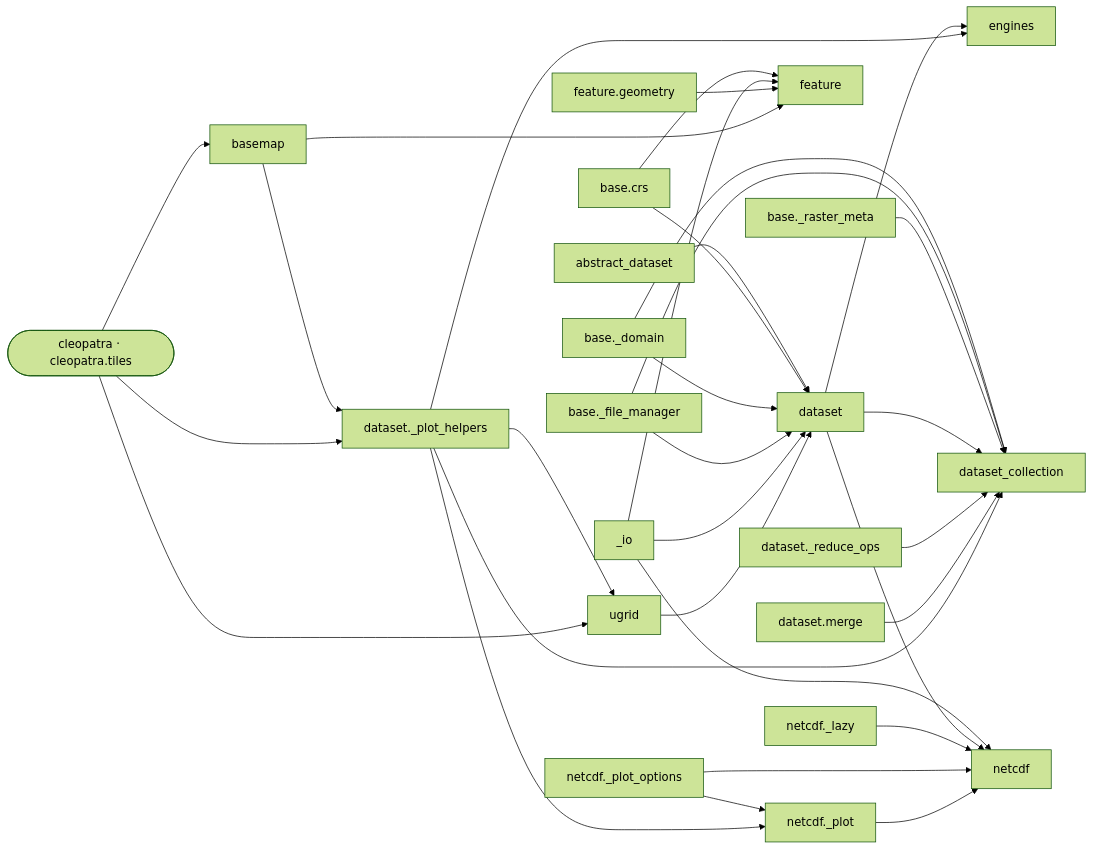
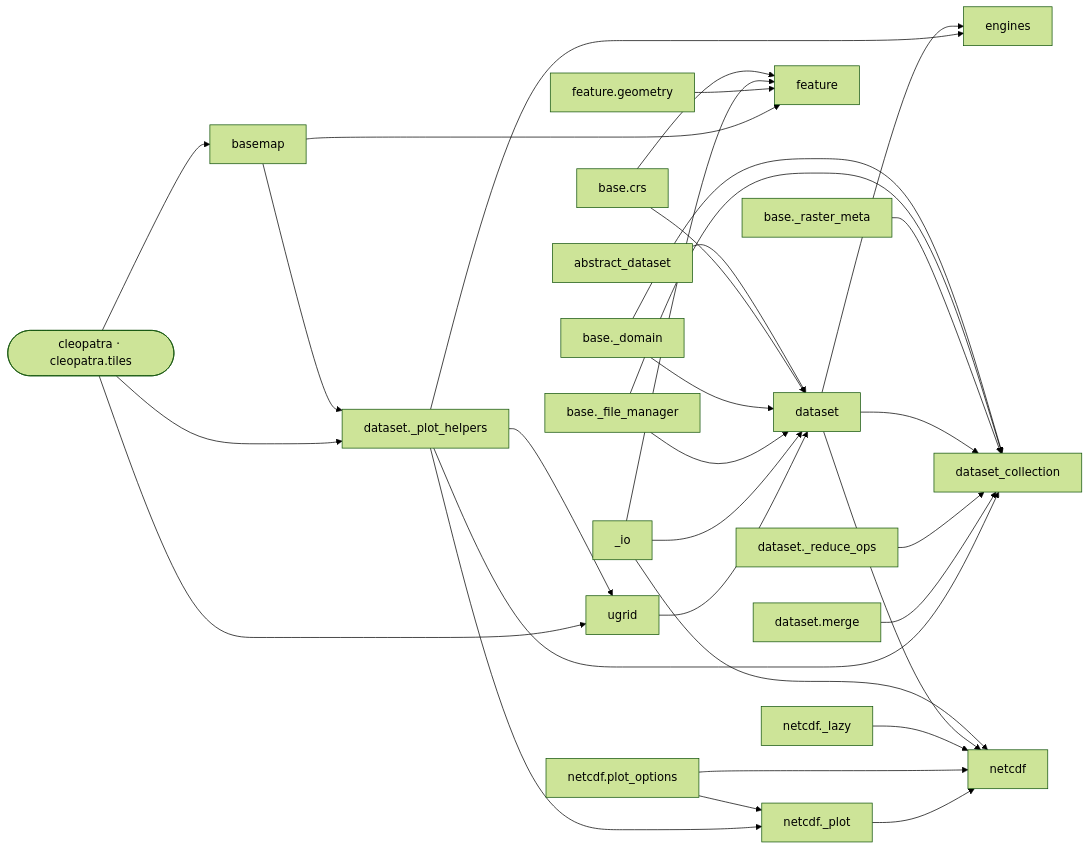
One commit to serapeum-org/pyramids changed diagram 13 of 14 in docs/architecture/diagrams.md. Above: the diagram before and after it, drawn with Mermaid (forest theme). The commit also changed other lines of this file and 39 other files, not shown here.

````diff
--- a/docs/architecture/diagrams.md
+++ b/docs/architecture/diagrams.md
@@ -423,34 +423,34 @@
 ```mermaid
 flowchart LR
   abstract_dataset --> dataset
   base_crs[base.crs] --> dataset
   base_crs --> feature
   base_domain[base._domain] --> dataset
   base_domain --> dataset_collection
   base_file_manager[base._file_manager] --> dataset
   base_file_manager --> dataset_collection
   base_raster_meta[base._raster_meta] --> dataset_collection
   pyramids_io[_io] --> dataset
   pyramids_io --> netcdf
   pyramids_io --> feature
   dataset --> netcdf
   dataset --> dataset_collection
   dataset --> engines
   netcdf_lazy[netcdf._lazy] --> netcdf
   ugrid --> dataset
   feature_geometry[feature.geometry] --> feature
   reduce_ops[dataset._reduce_ops] --> dataset_collection
   merge_mod[dataset.merge] --> dataset_collection
   plot_helpers[dataset._plot_helpers] --> engines
   plot_helpers --> dataset_collection
   plot_helpers --> ugrid
-  netcdf_plot_options[netcdf._plot_options] --> netcdf_plot
-  netcdf_plot_options --> netcdf
+  netcdfplot_options[netcdf.plot_options] --> netcdf_plot
+  netcdfplot_options --> netcdf
   plot_helpers --> netcdf_plot[netcdf._plot]
   netcdf_plot --> netcdf
   basemap_mod[basemap] --> plot_helpers
   basemap_mod --> feature
   cleopatra_pkg([cleopatra · cleopatra.tiles]) --> plot_helpers
   cleopatra_pkg --> basemap_mod
   cleopatra_pkg --> ugrid
 ```
````
